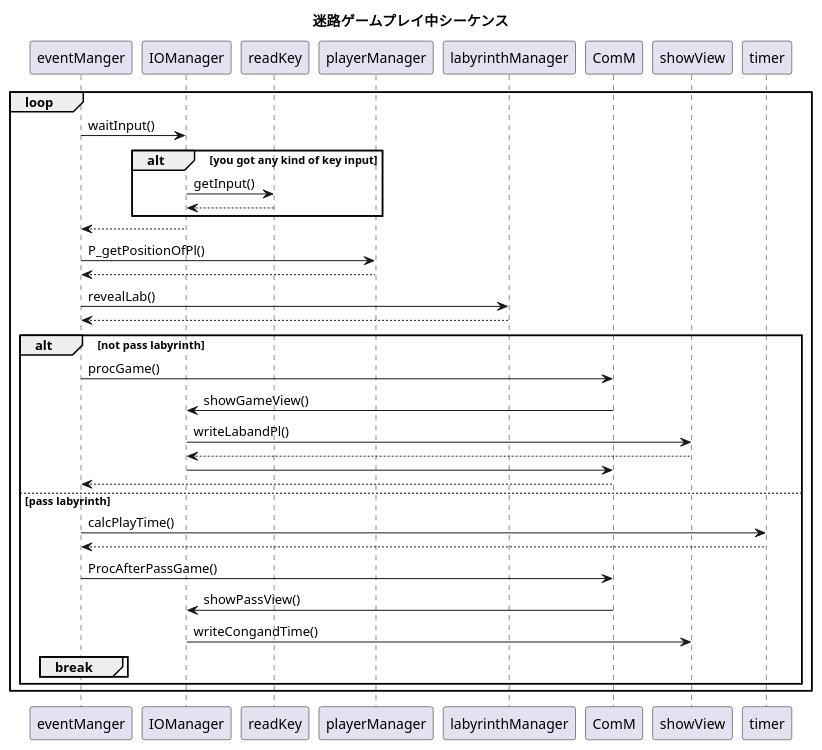
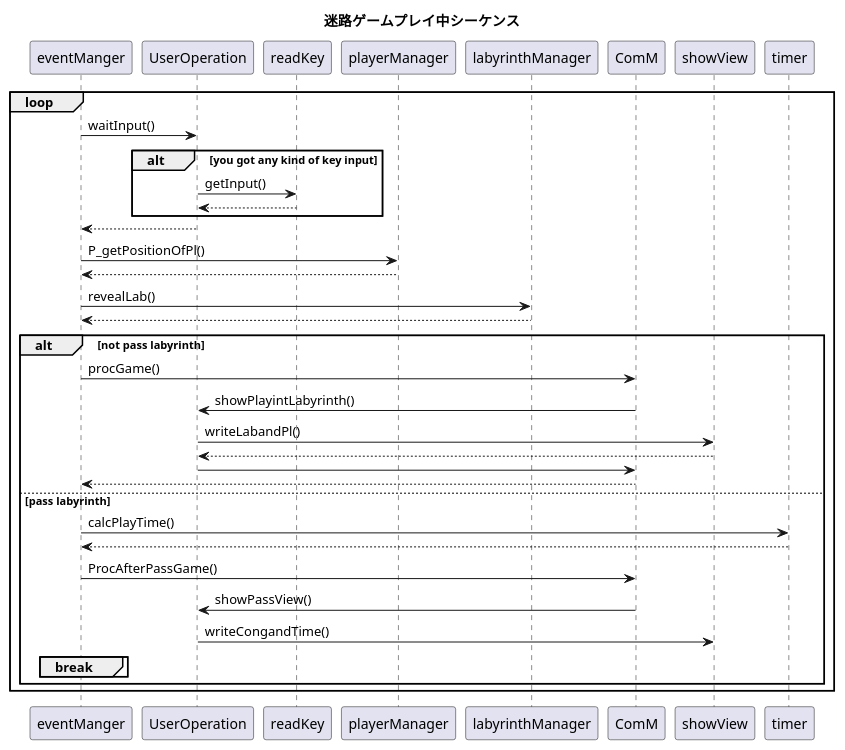
Before and after one commit to horiyoshihiro/LabyrinthGame: the diagram in Doc/S_playGame.pu, drawn with PlantUML. The commit also changed 35 other files, not shown here.

```diff
--- a/Doc/S_playGame.pu
+++ b/Doc/S_playGame.pu
@@ -1,37 +1,37 @@
 @startuml
 
 title 迷路ゲームプレイ中シーケンス
 
 loop
-    eventManger -> IOManager : waitInput()
+    eventManger -> UserOperation : waitInput()
     alt you got any kind of key input
-        IOManager -> readKey : getInput()
-        readKey --> IOManager
+        UserOperation -> readKey : getInput()
+        readKey --> UserOperation
     end
-    IOManager --> eventManger
+    UserOperation --> eventManger
 
     eventManger -> playerManager : P_getPositionOfPl()
     playerManager --> eventManger
 
     eventManger -> labyrinthManager : revealLab()
     labyrinthManager --> eventManger
 
     alt not pass labyrinth
         eventManger -> ComM : procGame()
-            ComM -> IOManager : showGameView()
-                IOManager -> showView : writeLabandPl()
-                showView --> IOManager
-            IOManager -> ComM
+            ComM -> UserOperation : showPlayintLabyrinth()
+                UserOperation -> showView : writeLabandPl()
+                showView --> UserOperation
+            UserOperation -> ComM
         ComM --> eventManger
     else pass labyrinth
         eventManger -> timer : calcPlayTime()
         timer --> eventManger 
         eventManger -> ComM : ProcAfterPassGame()
-            ComM -> IOManager : showPassView()
-                IOManager -> showView : writeCongandTime()
+            ComM -> UserOperation : showPassView()
+                UserOperation -> showView : writeCongandTime()
         break
         end
     end
 end
 
 @enduml
```
